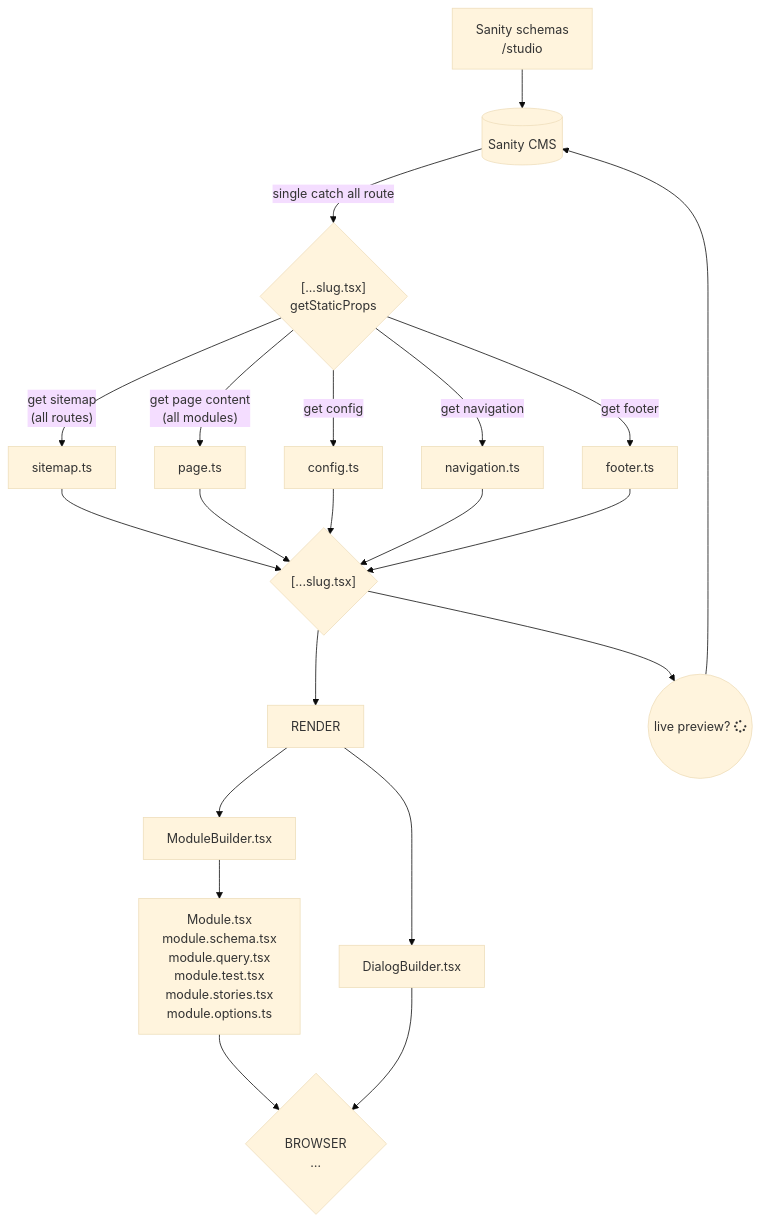
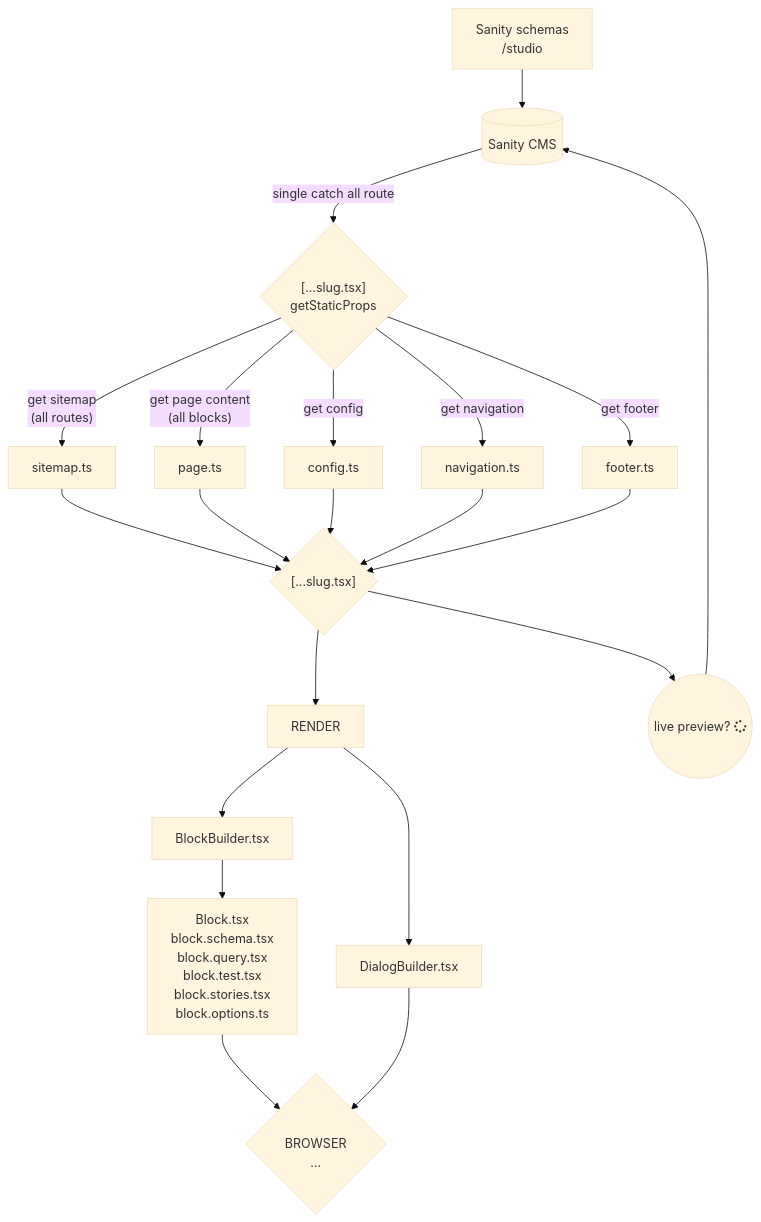
One commit to Mawla/Agency-Starter-Framework changed the diagram in README.md. Above: the diagram before and after it, drawn with Mermaid (base theme). The commit also changed other lines of this file and 140 other files, not shown here.

Commit message:
modules are now called blocks

````diff
--- a/README.md
+++ b/README.md
@@ -32,25 +32,25 @@
 ```mermaid
 graph TD
     SCHEMAS["Sanity schemas<br>/studio"]-->CMS
     CMS[(Sanity CMS)]-->|single catch all route|DATA{"[...slug.tsx] <br>getStaticProps"}
     PREVIEW_MODE((live preview? fa:fa-spinner))--->CMS
 
     DATA -->|"get sitemap<br>(all routes)"| QUERY_SITEMAP[sitemap.ts]-->CATCH_ALL_RENDER
-    DATA -->|"get page content<br>(all modules)"| QUERY_PAGE[page.ts]-->CATCH_ALL_RENDER
+    DATA -->|"get page content<br>(all blocks)"| QUERY_PAGE[page.ts]-->CATCH_ALL_RENDER
     DATA -->|get config| QUERY_CONFIG[config.ts]-->CATCH_ALL_RENDER
     DATA -->|get navigation| QUERY_NAV[navigation.ts] -->CATCH_ALL_RENDER
     DATA -->|get footer| QUERY_FOOTER[footer.ts] -->CATCH_ALL_RENDER
 
     CATCH_ALL_RENDER{"[...slug.tsx]"} -->RENDER
     CATCH_ALL_RENDER-->PREVIEW_MODE
 
-    RENDER -->RENDER_MODULES
+    RENDER -->RENDER_BLOCKS
     RENDER -->RENDER_DIALOGS
 
-    RENDER_MODULES[ModuleBuilder.tsx]-->MODULE
+    RENDER_BLOCKS[BlockBuilder.tsx]-->BLOCK
     RENDER_DIALOGS[DialogBuilder.tsx]-->PAGE
 
-    MODULE[Module.tsx<br>module.schema.tsx<br>module.query.tsx<br>module.test.tsx<br>module.stories.tsx<br>module.options.ts]-->PAGE
+    BLOCK[Block.tsx<br>block.schema.tsx<br>block.query.tsx<br>block.test.tsx<br>block.stories.tsx<br>block.options.ts]-->PAGE
 
     PAGE{"<br>BROWSER<br>…"}
 ```
````
